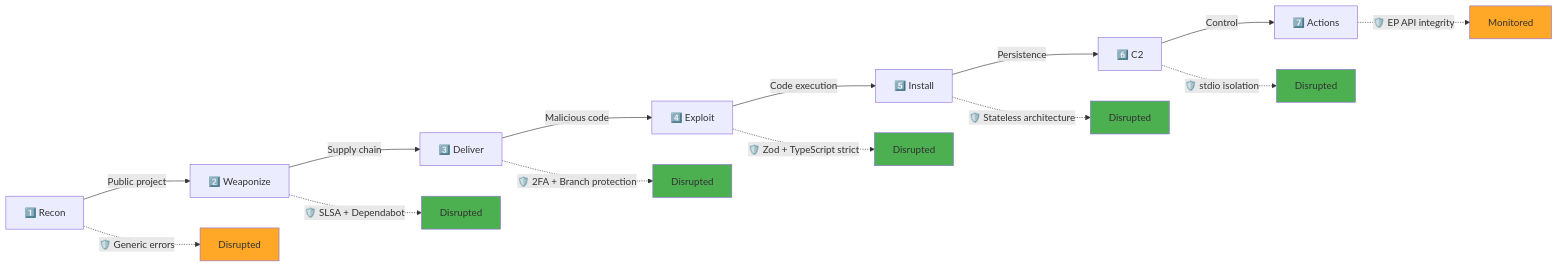
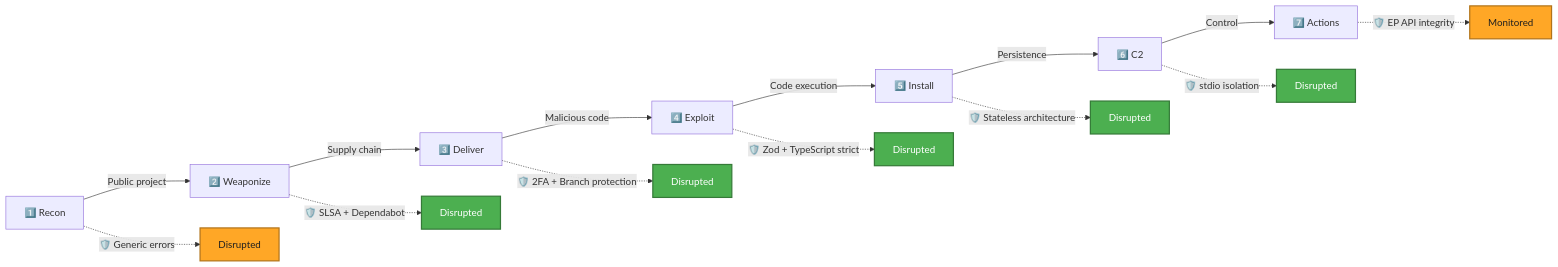
The fourth of 21 diagrams in api-markdown/documents/THREAT_MODEL.md (Hack23/European-Parliament-MCP-Server), drawn with Mermaid before and after one commit. The commit also changed other lines of this file and 1837 other files, not shown here.

````diff
--- a/api-markdown/documents/THREAT_MODEL.md
+++ b/api-markdown/documents/THREAT_MODEL.md
@@ -547,25 +547,32 @@
 ```mermaid
 graph LR
     R[1️⃣ Recon] -->|Public project| W[2️⃣ Weaponize]
     W -->|Supply chain| D[3️⃣ Deliver]
     D -->|Malicious code| E[4️⃣ Exploit]
     E -->|Code execution| I[5️⃣ Install]
     I -->|Persistence| C[6️⃣ C2]
     C -->|Control| A[7️⃣ Actions]
 
     R -.->|🛡️ Generic errors| RD[Disrupted]
     W -.->|🛡️ SLSA + Dependabot| WD[Disrupted]
     D -.->|🛡️ 2FA + Branch protection| DD[Disrupted]
     E -.->|🛡️ Zod + TypeScript strict| ED[Disrupted]
     I -.->|🛡️ Stateless architecture| ID[Disrupted]
     C -.->|🛡️ stdio isolation| CD[Disrupted]
     A -.->|🛡️ EP API integrity| AD[Monitored]
 
-    style RD fill:#ffa726
-    style WD fill:#4CAF50
-    style DD fill:#4CAF50
-    style ED fill:#4CAF50
-    style ID fill:#4CAF50
-    style CD fill:#4CAF50
-    style AD fill:#ffa726
+    style RD fill:#ffa726,stroke:#b2741a,stroke-width:2px,color:#1f1f1f
+
+    style WD fill:#4CAF50,stroke:#357a38,stroke-width:2px,color:#ffffff
+
+    style DD fill:#4CAF50,stroke:#357a38,stroke-width:2px,color:#ffffff
+
+    style ED fill:#4CAF50,stroke:#357a38,stroke-width:2px,color:#ffffff
+
+    style ID fill:#4CAF50,stroke:#357a38,stroke-width:2px,color:#ffffff
+
+    style CD fill:#4CAF50,stroke:#357a38,stroke-width:2px,color:#ffffff
+
+    style AD fill:#ffa726,stroke:#b2741a,stroke-width:2px,color:#1f1f1f
+
 ```
````
